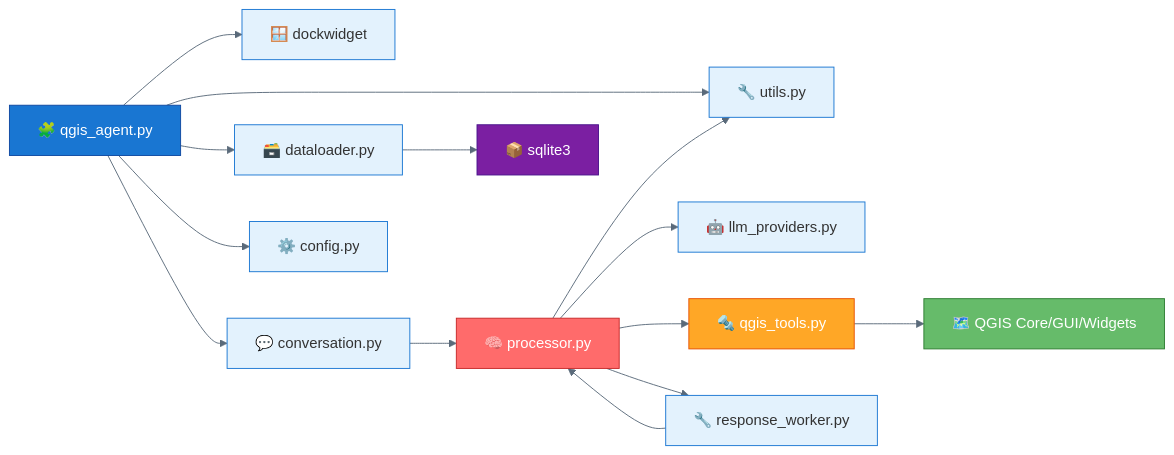
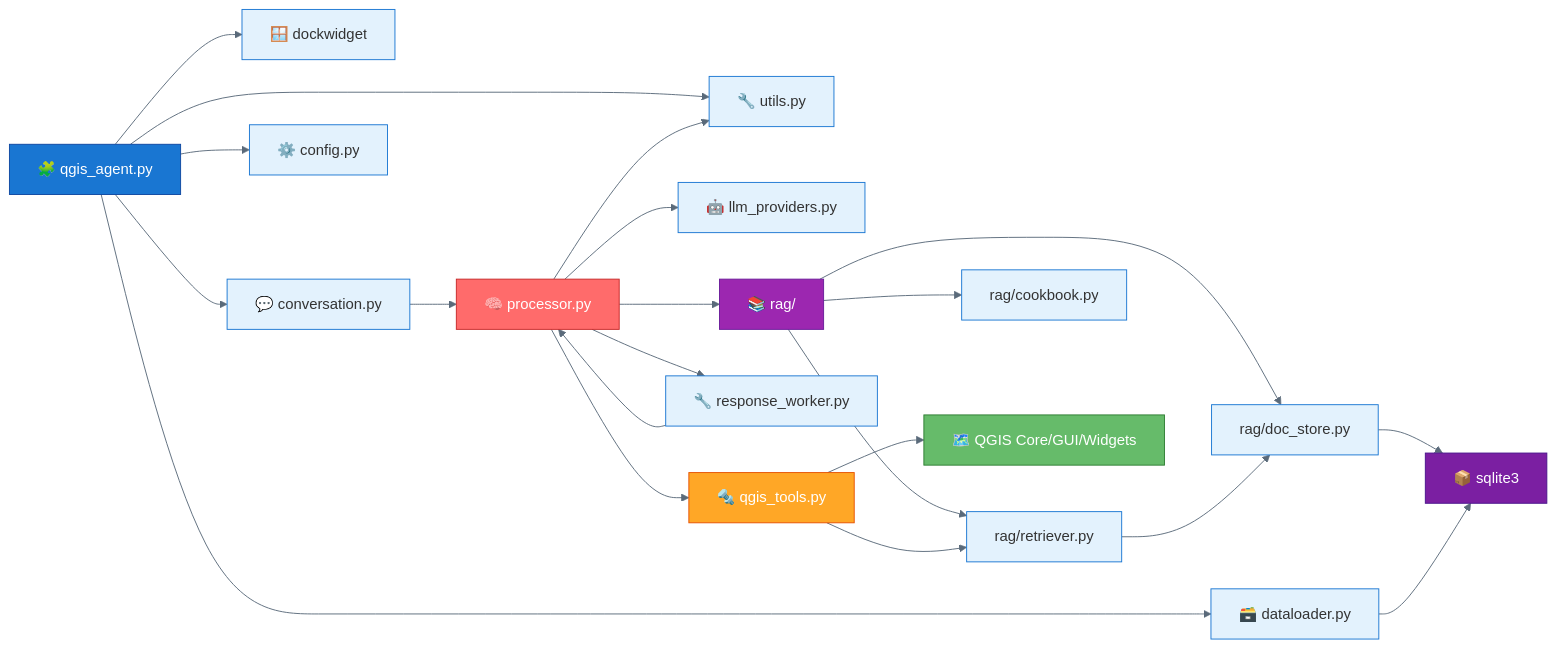
The eighth of 8 diagrams in CLAUDE.md (bunkmr/qgis-agent), drawn with Mermaid before and after one commit. The commit also changed other lines of this file and 31 other files, not shown here.

````diff
--- a/CLAUDE.md
+++ b/CLAUDE.md
@@ -285,40 +350,54 @@
 ```mermaid
 %%{init: {'theme': 'base', 'themeVariables': { 'primaryColor': '#e3f2fd', 'primaryBorderColor': '#1976d2', 'lineColor': '#5a6a7a'}}}%%
 graph LR
     MAIN["🧩 qgis_agent.py"]
     DOCK["🪟 dockwidget"]
     CONV["💬 conversation.py"]
     DL["🗃️ dataloader.py"]
     UTIL["🔧 utils.py"]
     CFG["⚙️ config.py"]
 
     PROC["🧠 processor.py"]
     LLP["🤖 llm_providers.py"]
     TOOLS["🔩 qgis_tools.py"]
     WORKER["🔧 response_worker.py"]
 
+    RAG["📚 rag/"]
+    DOCSTORE["rag/doc_store.py"]
+    RETR["rag/retriever.py"]
+    COOK["rag/cookbook.py"]
+
     QAPI["🗺️ QGIS Core/GUI/Widgets"]
     SQL["📦 sqlite3"]
 
     MAIN --> DOCK
     MAIN --> CONV
     MAIN --> DL
     MAIN --> UTIL
     MAIN --> CFG
 
     CONV --> PROC
     PROC --> LLP
     PROC --> TOOLS
     PROC --> WORKER
     PROC --> UTIL
+    PROC --> RAG
+
+    RAG --> DOCSTORE
+    RAG --> RETR
+    RAG --> COOK
+    DOCSTORE --> SQL
+    RETR --> DOCSTORE
 
     TOOLS --> QAPI
+    TOOLS --> RETR
     WORKER --> PROC
     DL --> SQL
 
     style MAIN fill:#1976d2,stroke:#0d47a1,color:#fff
     style PROC fill:#ff6b6b,stroke:#c62828,color:#fff
     style TOOLS fill:#ffa726,stroke:#e65100,color:#fff
+    style RAG fill:#9c27b0,stroke:#6a1b9a,color:#fff
     style QAPI fill:#66bb6a,stroke:#2e7d32,color:#fff
     style SQL fill:#7b1fa2,stroke:#4a148c,color:#fff
 ```
````
